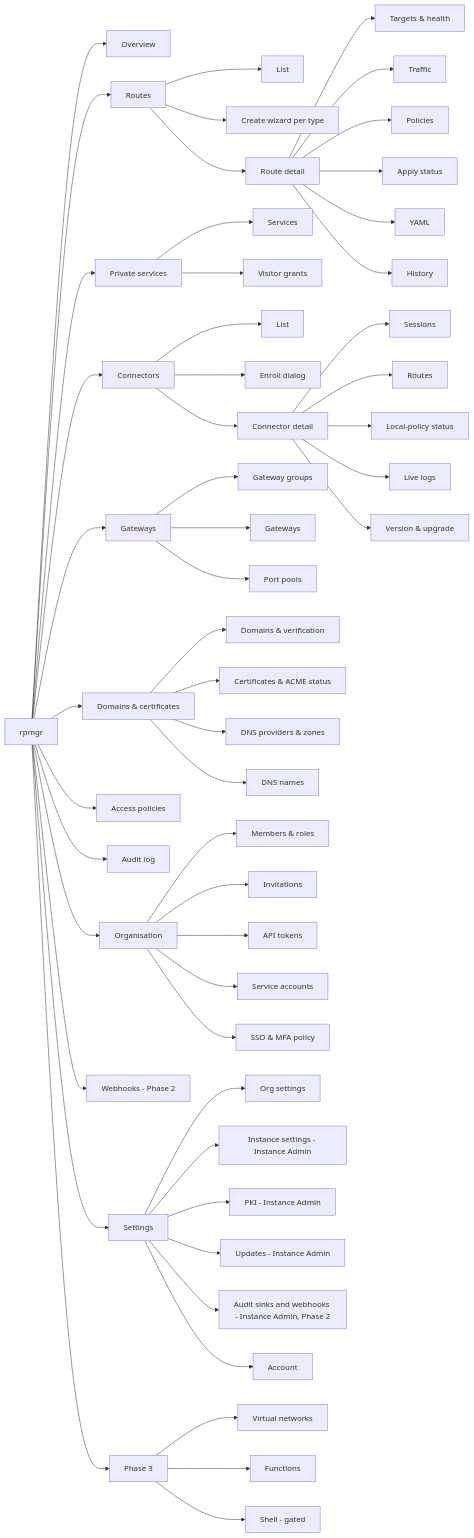
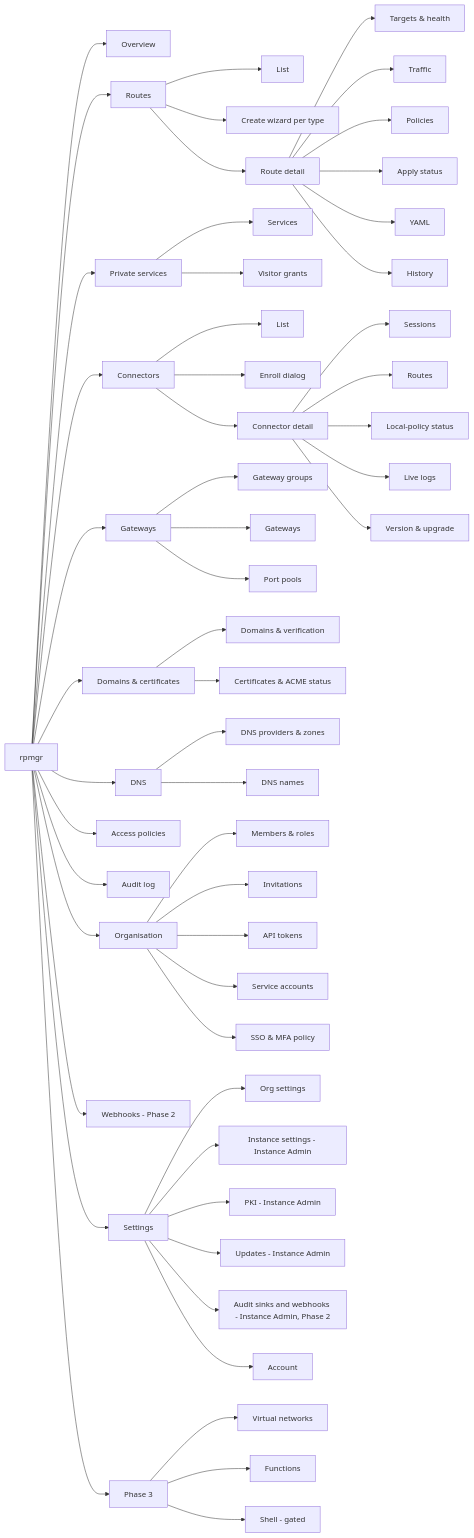
Before and after one commit to felix-homelab/rpmgr: the diagram in docs/09-web-ui.md, drawn with Mermaid. The commit also changed other lines of this file and 14 other files, not shown here.

````diff
--- a/docs/09-web-ui.md
+++ b/docs/09-web-ui.md
@@ -29,25 +29,27 @@
 ```mermaid
 flowchart LR
   ROOT[rpmgr] --> OV[Overview]
   ROOT --> RT[Routes]
   ROOT --> PS[Private services]
   ROOT --> CO[Connectors]
   ROOT --> GW[Gateways]
   ROOT --> DC[Domains & certificates]
+  ROOT --> DNS[DNS]
   ROOT --> AP[Access policies]
   ROOT --> AU[Audit log]
   ROOT --> ORG[Organisation]
   ROOT --> WH[Webhooks - Phase 2]
   ROOT --> SET[Settings]
   ROOT --> P3[Phase 3]
   RT --> RT1[List] & RT2[Create wizard per type] & RT3[Route detail]
   RT3 --> RT3a[Targets & health] & RT3b[Traffic] & RT3c[Policies] & RT3d[Apply status] & RT3e[YAML] & RT3f[History]
   PS --> PS1[Services] & PS2[Visitor grants]
   CO --> CO1[List] & CO2[Enroll dialog] & CO3[Connector detail]
   CO3 --> CO3a[Sessions] & CO3b[Routes] & CO3c[Local-policy status] & CO3d[Live logs] & CO3e[Version & upgrade]
   GW --> GW1[Gateway groups] & GW2[Gateways] & GW3[Port pools]
-  DC --> DC1[Domains & verification] & DC2[Certificates & ACME status] & DC3[DNS providers & zones] & DC4[DNS names]
+  DC --> DC1[Domains & verification] & DC2[Certificates & ACME status]
+  DNS --> DNS1[DNS providers & zones] & DNS2[DNS names]
   ORG --> ORG1[Members & roles] & ORG2[Invitations] & ORG3[API tokens] & ORG4[Service accounts] & ORG5[SSO & MFA policy]
   SET --> SET1[Org settings] & SET2[Instance settings - Instance Admin] & SET4[PKI - Instance Admin] & SET5[Updates - Instance Admin] & SET6[Audit sinks and webhooks - Instance Admin, Phase 2] & SET3[Account]
   P3 --> P3a[Virtual networks] & P3b[Functions] & P3c[Shell - gated]
 ```
````
